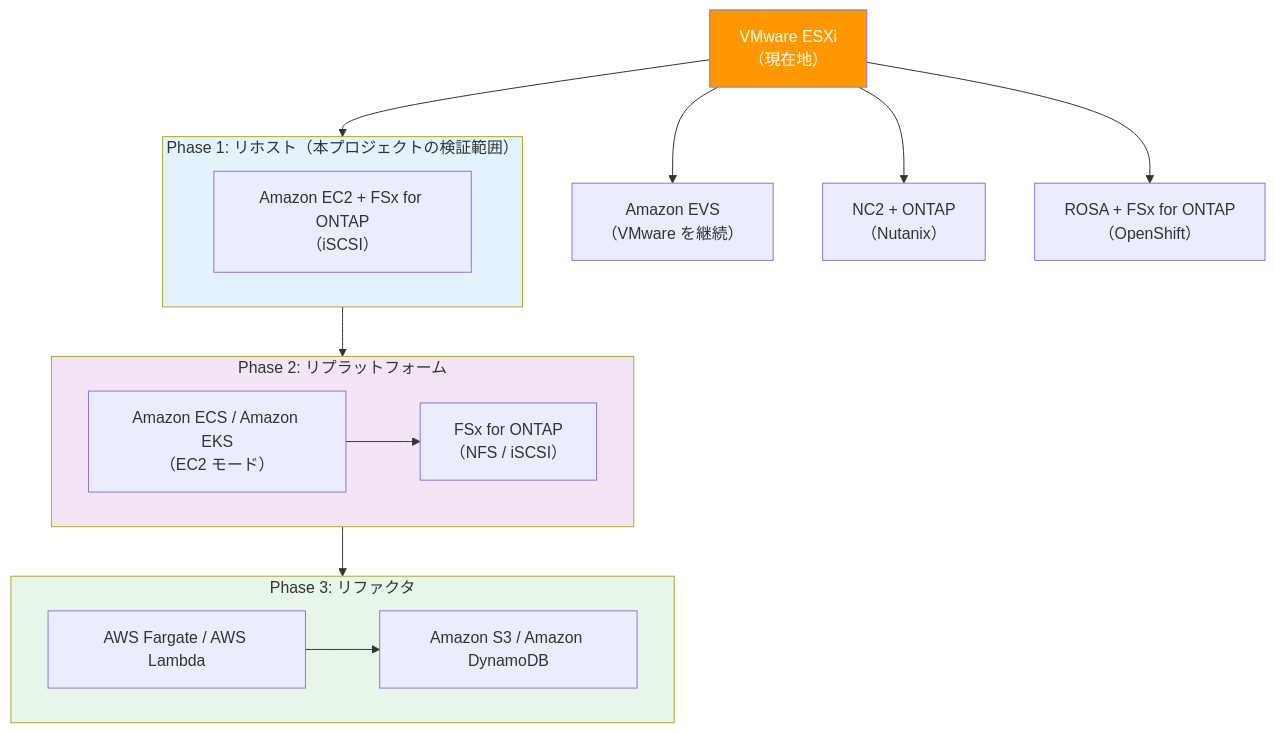
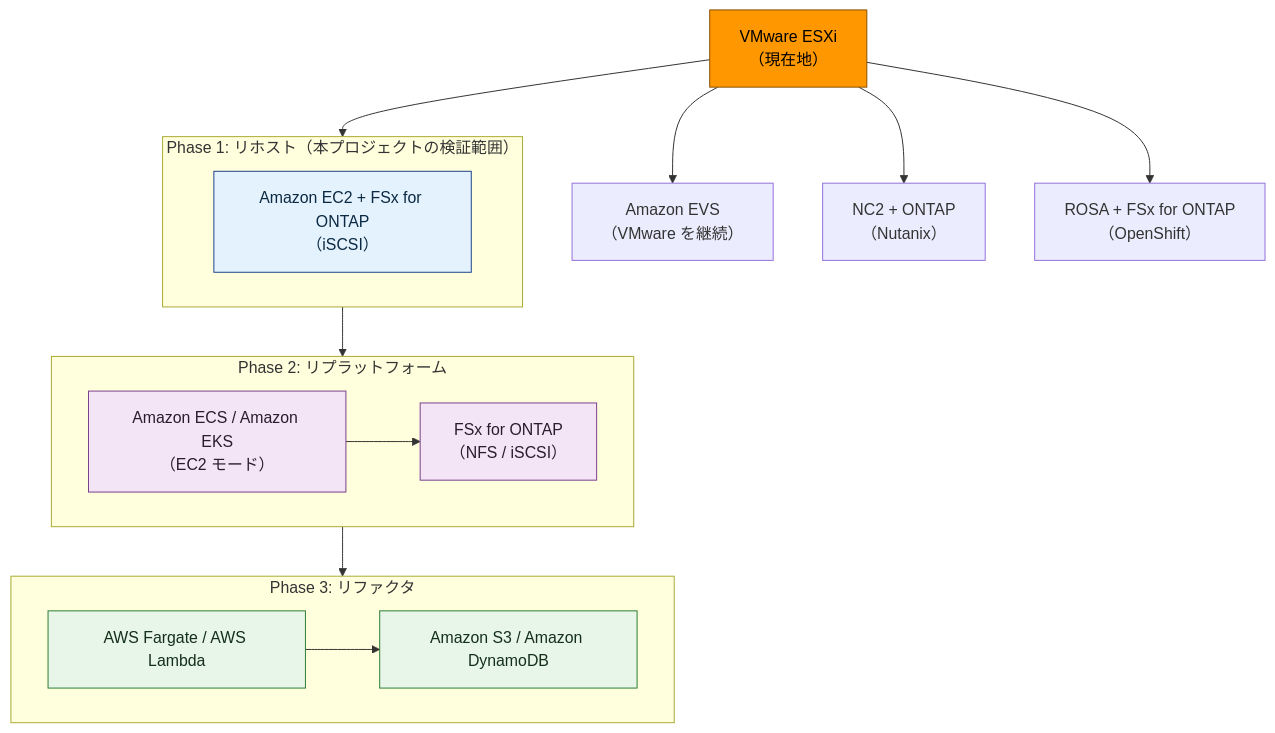
One commit to Yoshiki0705/VMware-Migration-EC2-ONTAP changed the first of 2 diagrams in docs/images/architecture.md. Above: the diagram before and after it, drawn with Mermaid. The commit also changed other lines of this file, not shown here.

Commit message:
docs: keep Mermaid legible in both GitHub color modes

````diff
--- a/docs/images/architecture.md
+++ b/docs/images/architecture.md
@@ -68,37 +68,41 @@
 ```mermaid
 graph TD
     VMware["VMware ESXi<br/>（現在地）"]
 
     VMware --> Phase1
     VMware --> EVS
     VMware --> NC2
     VMware --> ROSA
 
     subgraph Phase1["Phase 1: リホスト（本プロジェクトの検証範囲）"]
         p1_ec2["Amazon EC2 + FSx for ONTAP<br/>（iSCSI）"]
     end
 
     subgraph Phase2["Phase 2: リプラットフォーム"]
         p2_orch["Amazon ECS / Amazon EKS<br/>（EC2 モード）"]
         p2_storage["FSx for ONTAP<br/>（NFS / iSCSI）"]
         p2_orch --> p2_storage
     end
 
     subgraph Phase3["Phase 3: リファクタ"]
         p3_compute["AWS Fargate / AWS Lambda"]
         p3_data["Amazon S3 / Amazon DynamoDB"]
         p3_compute --> p3_data
     end
+%% 色はノードに付ける。subgraph に fill を付けるとタイトルの文字色はテーマ側が決めるので、
+%% ダークモードで白文字が薄い塗りに乗って読めなくなる。
 
     Phase1 --> Phase2
     Phase2 --> Phase3
 
     EVS["Amazon EVS<br/>（VMware を継続）"]
     NC2["NC2 + ONTAP<br/>（Nutanix）"]
     ROSA["ROSA + FSx for ONTAP<br/>（OpenShift）"]
 
-    style Phase1 fill:#e3f2fd
-    style Phase2 fill:#f3e5f5
-    style Phase3 fill:#e8f5e9
-    style VMware fill:#ff9800,color:#fff
+    style p1_ec2 fill:#e3f2fd,color:#0b2942,stroke:#1D428A
+    style p2_orch fill:#f3e5f5,color:#2b1b2e,stroke:#7b3f8c
+    style p2_storage fill:#f3e5f5,color:#2b1b2e,stroke:#7b3f8c
+    style p3_compute fill:#e8f5e9,color:#14301a,stroke:#2e7d32
+    style p3_data fill:#e8f5e9,color:#14301a,stroke:#2e7d32
+    style VMware fill:#ff9800,color:#000,stroke:#8a4f00
 ```
````
